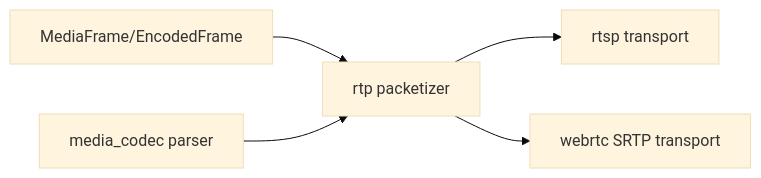
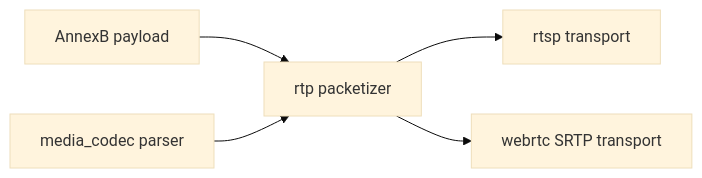
Before and after one commit to 373699756/live_stream: the diagram in docs/libs/rtp.md, drawn with Mermaid (base theme). The commit also changed other lines of this file and 144 other files, not shown here.

````diff
--- a/docs/libs/rtp.md
+++ b/docs/libs/rtp.md
@@ -11,7 +11,7 @@
 ```mermaid
 flowchart LR
-  Frame[MediaFrame/EncodedFrame] --> RTP[rtp packetizer]
+  Payload[AnnexB payload] --> RTP[rtp packetizer]
   Codec[media_codec parser] --> RTP
   RTP --> RTSP[rtsp transport]
   RTP --> WebRTC[webrtc SRTP transport]
 ```
````
